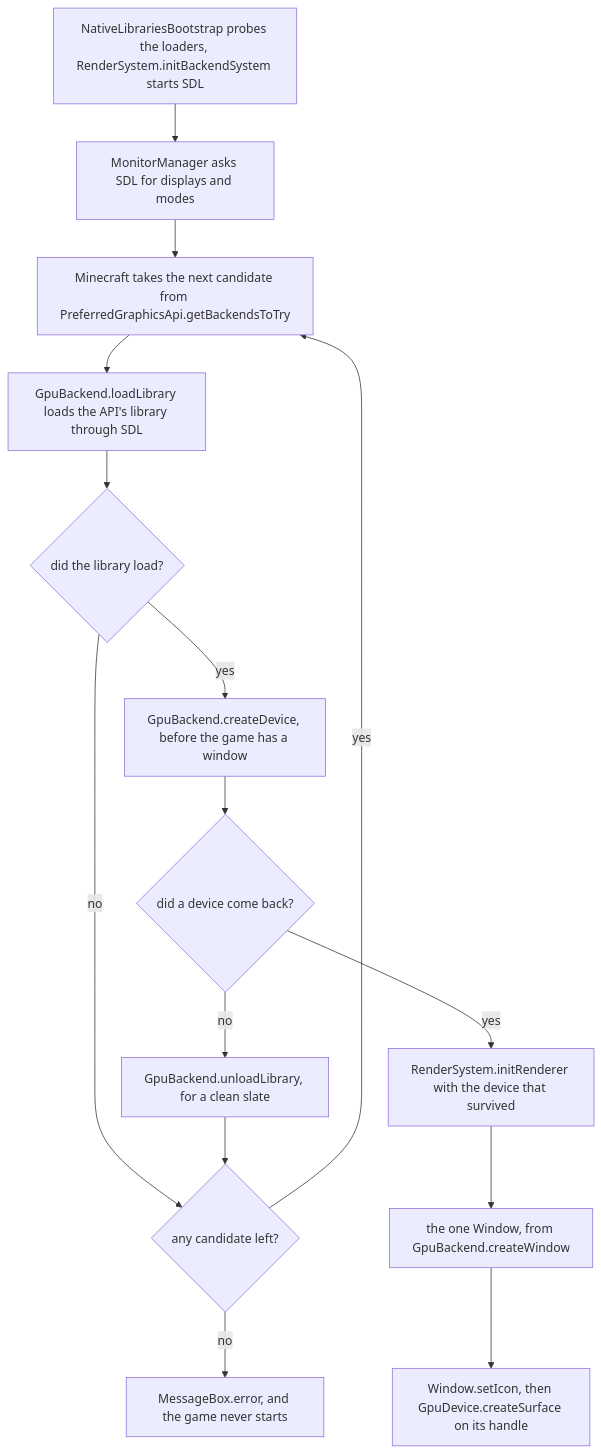
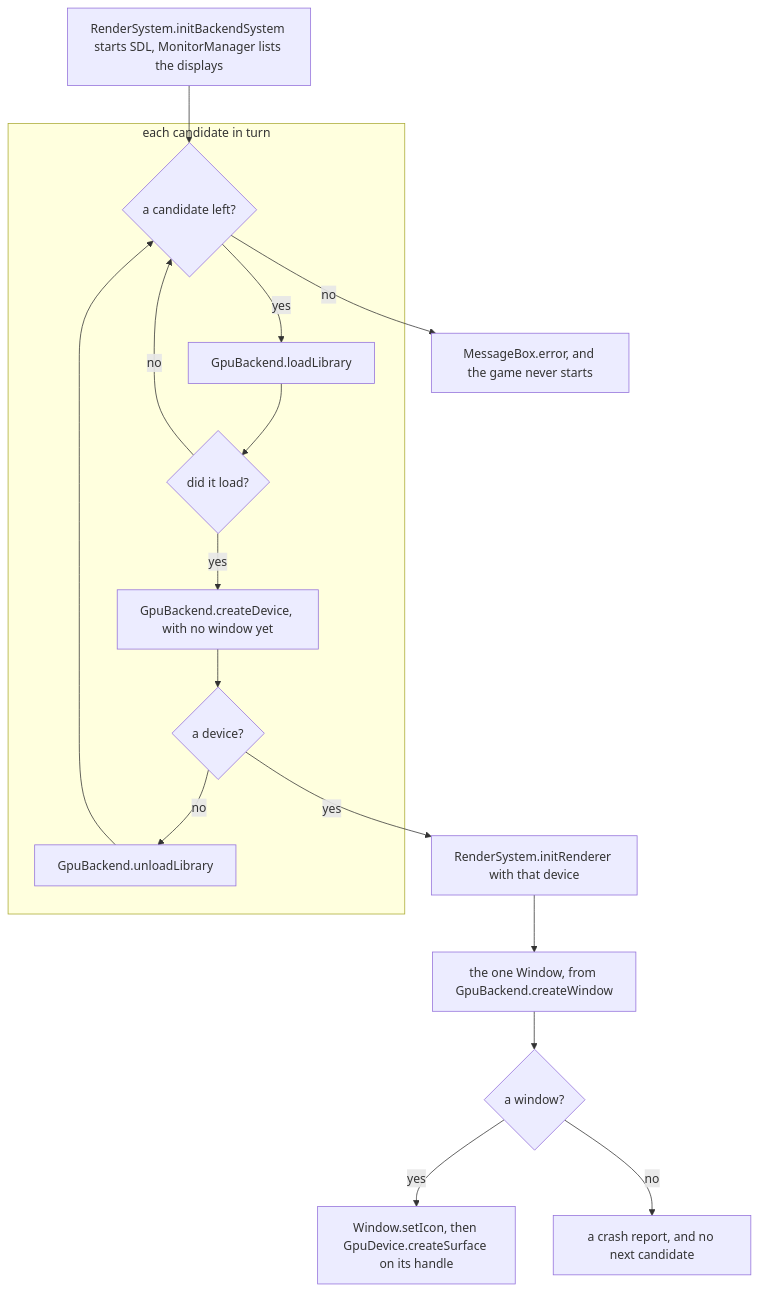
Before and after one commit to AlexanderjFraser/MinecraftDocs: the first of 2 diagrams in src/systems/rendering/the-window.md, drawn with Mermaid. The commit also changed other lines of this file and 18 other files, not shown here.

````diff
--- a/src/systems/rendering/the-window.md
+++ b/src/systems/rendering/the-window.md
@@ -63,23 +63,27 @@
 ```mermaid
 flowchart TD
-    BOOT["NativeLibrariesBootstrap probes the loaders, RenderSystem.initBackendSystem starts SDL"]
-    MonM["MonitorManager asks SDL for displays and modes"]
-    MC["Minecraft takes the next candidate from PreferredGraphicsApi.getBackendsToTry"]
-    LIB["GpuBackend.loadLibrary loads the API's library through SDL"]
-    Q1{"did the library load?"}
-    DEV["GpuBackend.createDevice, before the game has a window"]
-    Q2{"did a device come back?"}
-    UNL["GpuBackend.unloadLibrary, for a clean slate"]
-    LEFT{"any candidate left?"}
+    START["RenderSystem.initBackendSystem starts SDL, MonitorManager lists the displays"]
+    subgraph LOOP["each candidate in turn"]
+        NEXT{"a candidate left?"}
+        LIB["GpuBackend.loadLibrary"]
+        Q1{"did it load?"}
+        DEV["GpuBackend.createDevice, with no window yet"]
+        Q2{"a device?"}
+        UNL["GpuBackend.unloadLibrary"]
+    end
     BOX["MessageBox.error, and the game never starts"]
-    RS["RenderSystem.initRenderer with the device that survived"]
+    RS["RenderSystem.initRenderer with that device"]
     WIN["the one Window, from GpuBackend.createWindow"]
+    Q3{"a window?"}
+    CRASH["a crash report, and no next candidate"]
     DONE["Window.setIcon, then GpuDevice.createSurface on its handle"]
-    BOOT --> MonM --> MC --> LIB --> Q1
-    Q1 -- "no" --> LEFT
+    START --> NEXT
+    NEXT -- "yes" --> LIB --> Q1
     Q1 -- "yes" --> DEV --> Q2
-    Q2 -- "no" --> UNL --> LEFT
-    Q2 -- "yes" --> RS --> WIN --> DONE
-    LEFT -- "yes" --> MC
-    LEFT -- "no" --> BOX
+    Q1 -- "no" --> NEXT
+    Q2 -- "no" --> UNL --> NEXT
+    NEXT -- "no" --> BOX
+    Q2 -- "yes" --> RS --> WIN --> Q3
+    Q3 -- "yes" --> DONE
+    Q3 -- "no" --> CRASH
 ```
````
